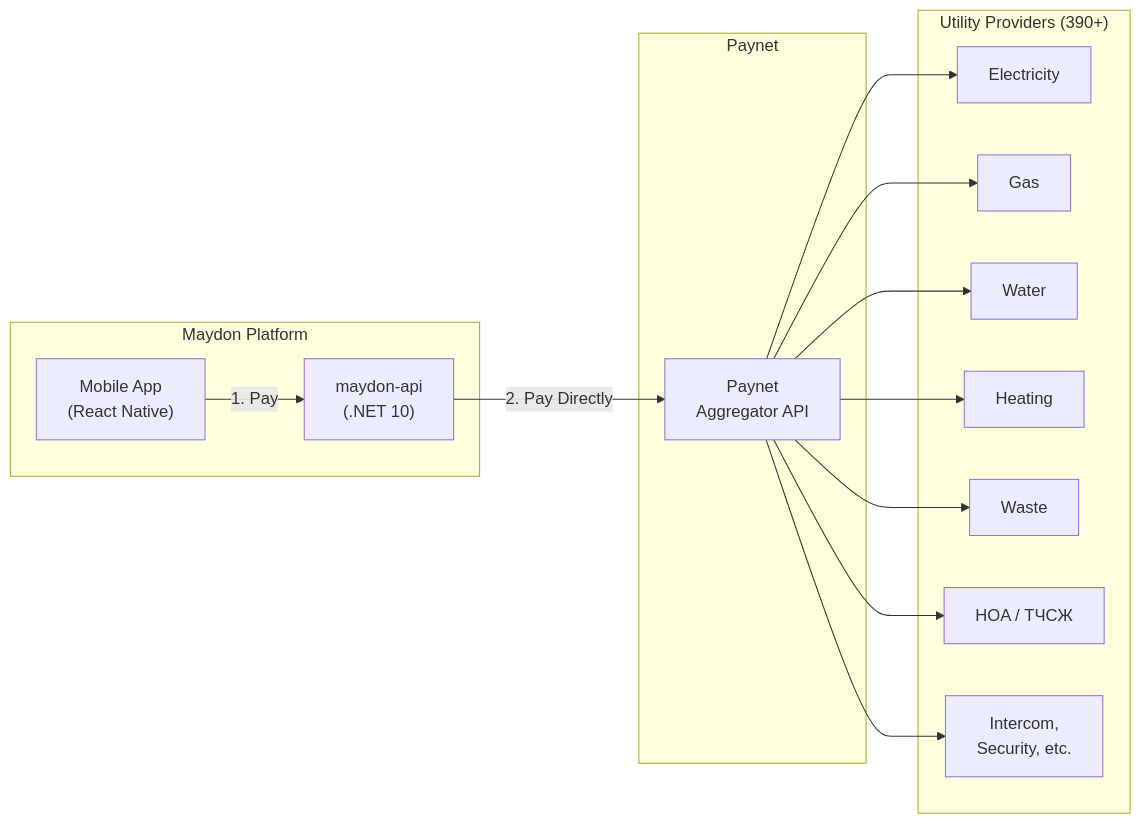
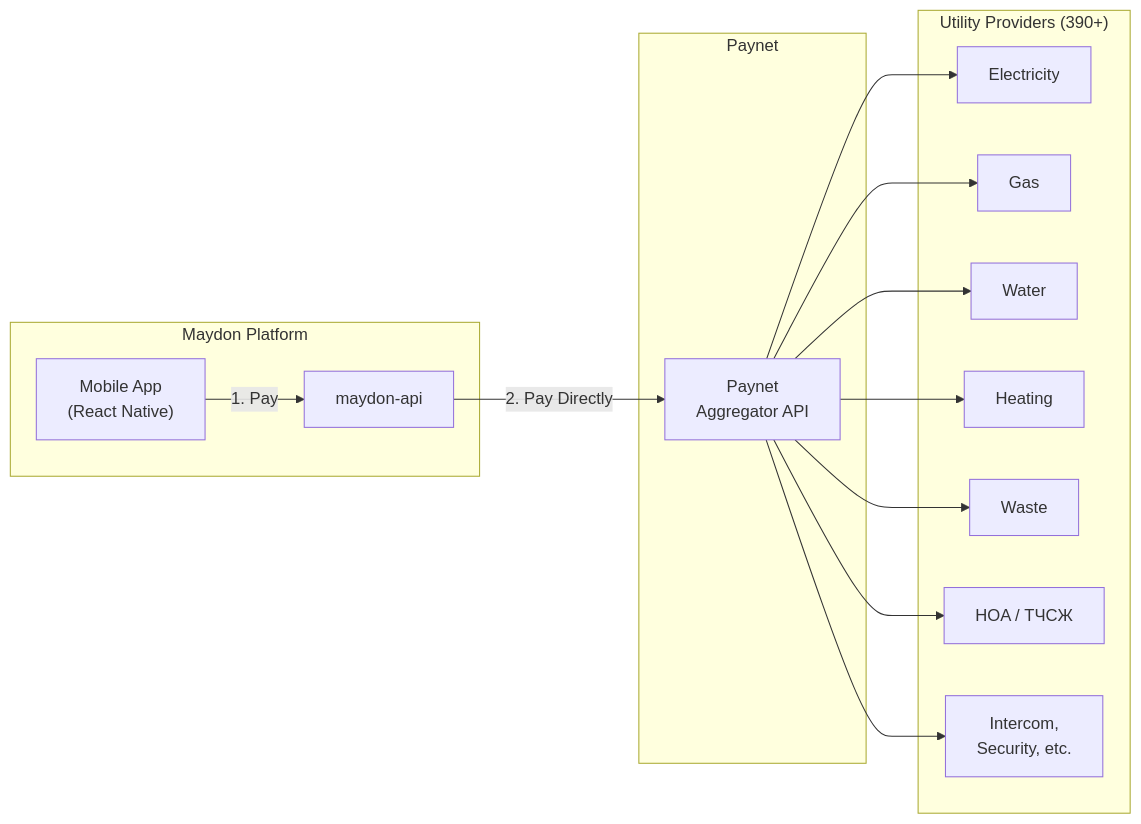
Diagram 11 of 11 in utilities-payment-userflow.md (saodatm-dev/Utilities---Informational-Architecture), drawn with Mermaid before and after one commit. The commit also changed other lines of this file and 1 other file, not shown here.

Commit message:
refactor: remove outdated API content and detailed technical sections from payment user flow documentation, and simplify API endpoint descriptions.

````diff
--- a/utilities-payment-userflow.md
+++ b/utilities-payment-userflow.md
@@ -1265,33 +398,33 @@
 ```mermaid
 flowchart LR
     subgraph "Maydon Platform"
         MOBILE["Mobile App<br/>(React Native)"]
-        API["maydon-api<br/>(.NET 10)"]
+        API["maydon-api"]
     end
 
     subgraph "Paynet"
         PAYNET["Paynet<br/>Aggregator API"]
     end
 
     subgraph "Utility Providers (390+)"
         ELEC["Electricity"]
         GAS["Gas"]
         WATER["Water"]
         HEAT["Heating"]
         WASTE["Waste"]
         HOA["HOA / ТЧСЖ"]
         ANCIL["Intercom,<br/>Security, etc."]
     end
 
     MOBILE -->|"1. Pay"| API
     API -->|"2. Pay Directly"| PAYNET
 
     PAYNET --> ELEC
     PAYNET --> GAS
     PAYNET --> WATER
     PAYNET --> HEAT
     PAYNET --> WASTE
     PAYNET --> HOA
     PAYNET --> ANCIL
 
 ```
````
